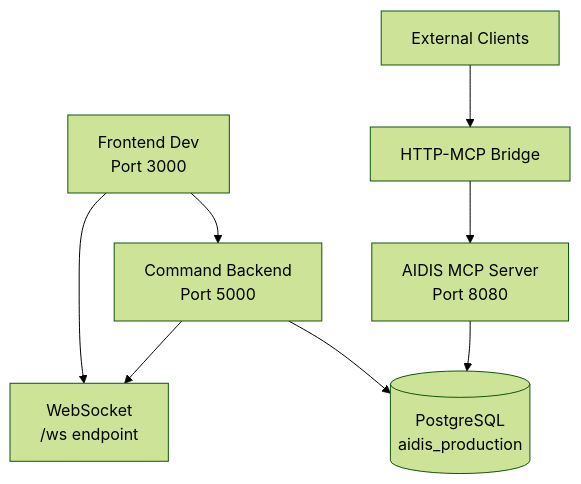
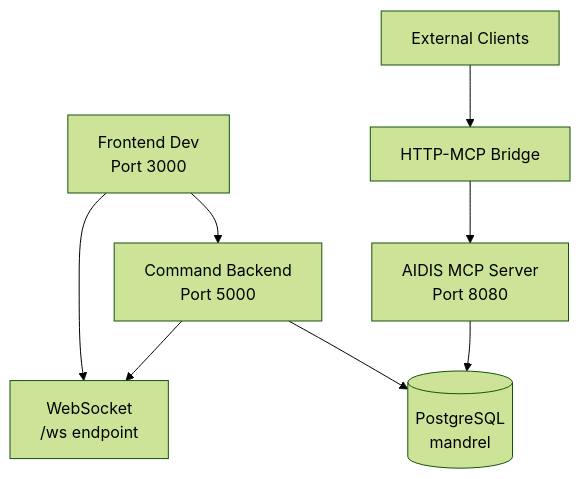
The diagram in mandrel-command/backend/TR014-4-service-ownership-boundaries.md (RidgetopAi/mandrel), drawn with Mermaid (forest theme) before and after one commit. The commit also changed other lines of this file and 67 other files, not shown here.

````diff
--- a/mandrel-command/backend/TR014-4-service-ownership-boundaries.md
+++ b/mandrel-command/backend/TR014-4-service-ownership-boundaries.md
@@ -163,12 +163,12 @@
 ```mermaid
 graph TB
     Frontend[Frontend Dev<br/>Port 3000] --> Backend[Command Backend<br/>Port 5000]
-    Backend --> Database[(PostgreSQL<br/>aidis_production)]
+    Backend --> Database[(PostgreSQL<br/>mandrel)]
     Backend --> WebSocket[WebSocket<br/>/ws endpoint]
 
     Bridge[HTTP-MCP Bridge] --> MCP[AIDIS MCP Server<br/>Port 8080]
     MCP --> Database
 
     External[External Clients] --> Bridge
     Frontend --> WebSocket
 ```
````
